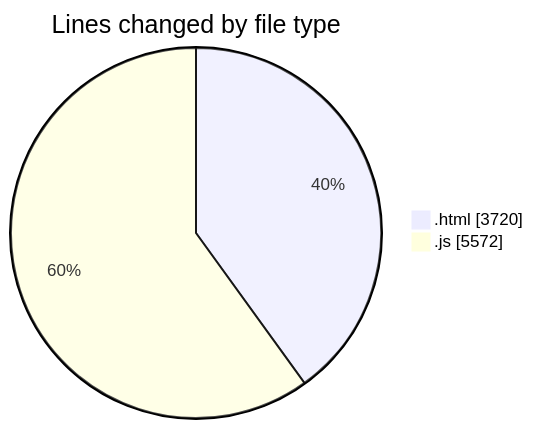
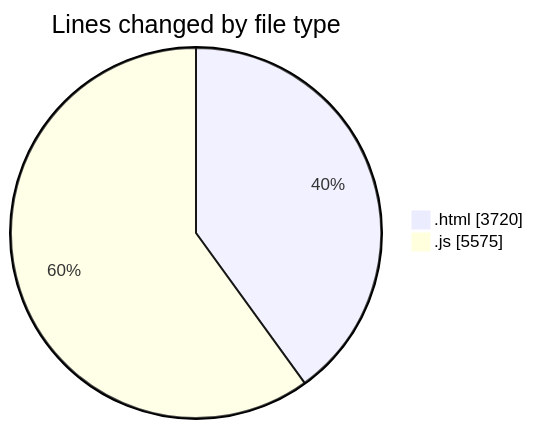
The first of 2 diagrams in 2026-02-19/bot_v1_2/README.md (becaeroporto-bot/code-tracking), drawn with Mermaid before and after one commit. The commit also changed other lines of this file and 1 other file, not shown here.

````diff
--- a/2026-02-19/bot_v1_2/README.md
+++ b/2026-02-19/bot_v1_2/README.md
@@ -28,6 +28,6 @@
 ```mermaid
 pie showData
 title Lines changed by file type
 ".html" : 3720
-".js" : 5572
+".js" : 5575
 ```
````
